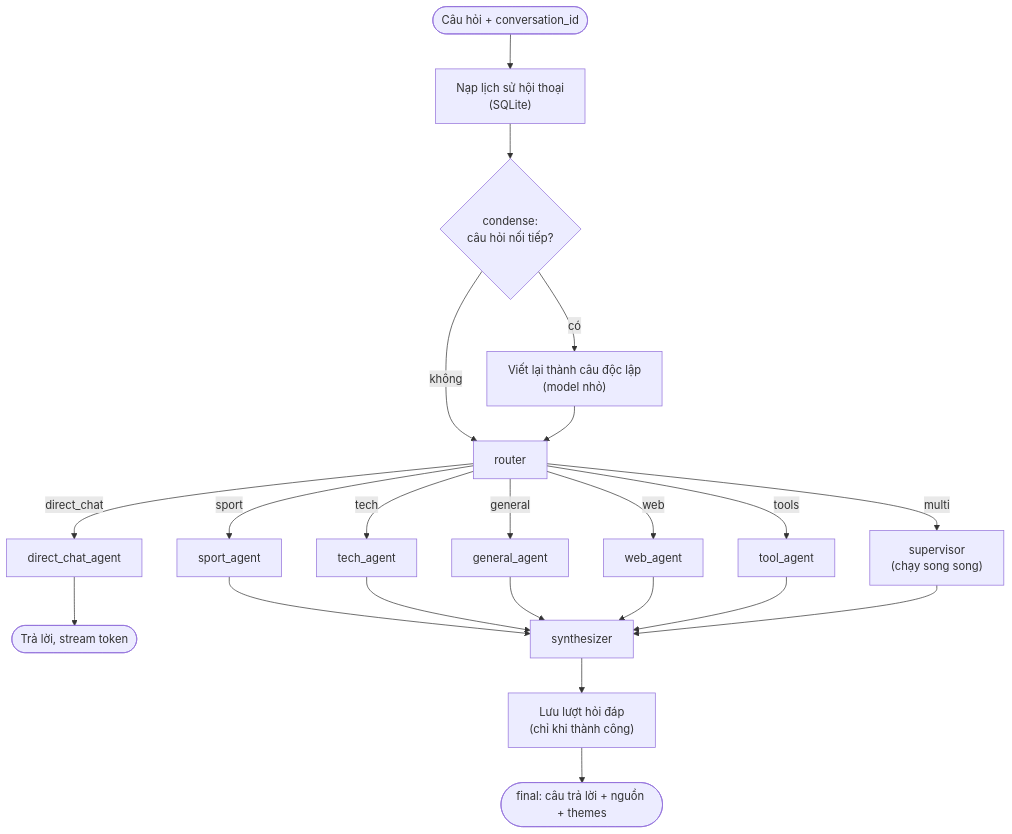
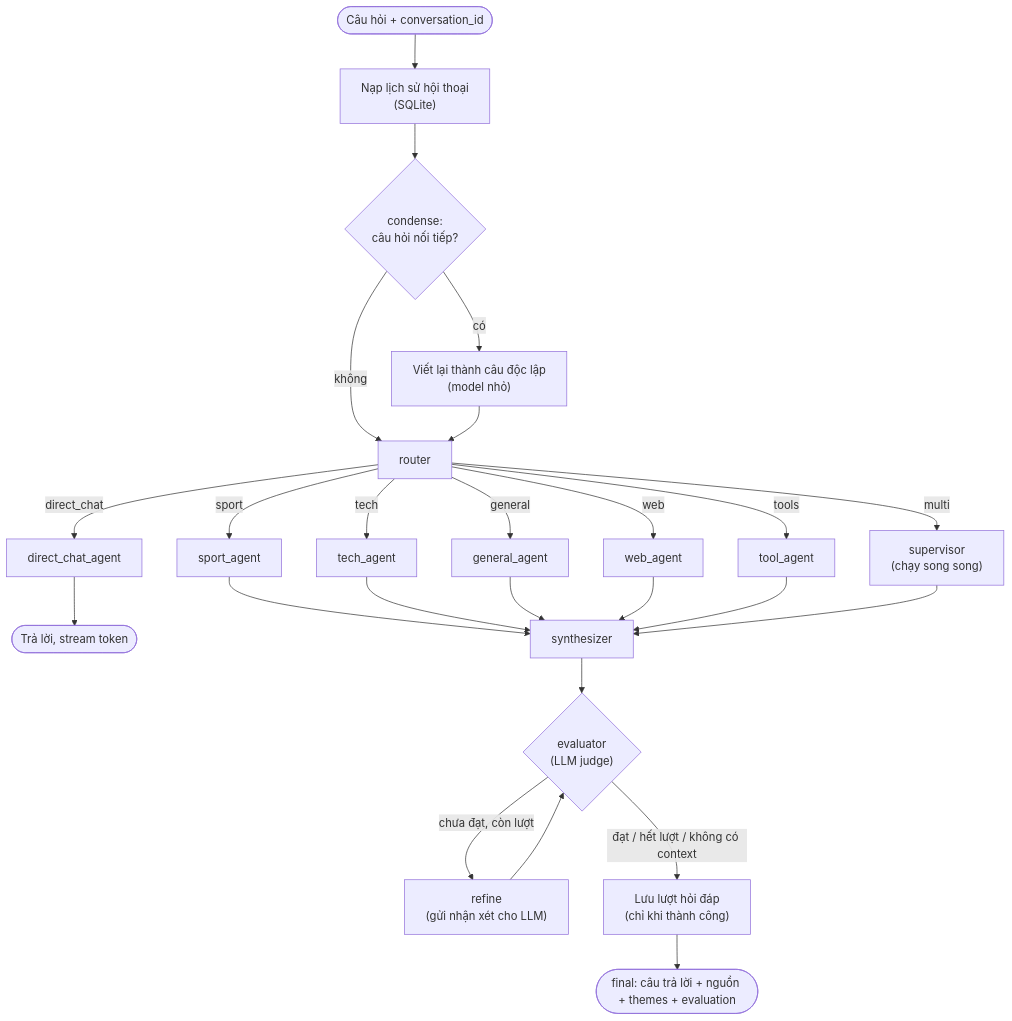
The third of 6 diagrams in README.md (hbkhanh22/Multi-RAG-Agent), drawn with Mermaid before and after one commit. The commit also changed other lines of this file and 25 other files, not shown here.

````diff
--- a/README.md
+++ b/README.md
@@ -95,18 +96,21 @@
 ```mermaid
 flowchart TD
     START(["Câu hỏi + conversation_id"]) --> HIS["Nạp lịch sử hội thoại<br/>(SQLite)"]
     HIS --> CON{"condense:<br/>câu hỏi nối tiếp?"}
     CON -->|"có"| RW["Viết lại thành câu độc lập<br/>(model nhỏ)"]
     CON -->|"không"| RT
     RW --> RT["router"]
     RT -->|"direct_chat"| DC["direct_chat_agent"] --> END1(["Trả lời, stream token"])
     RT -->|"sport"| SP["sport_agent"]
     RT -->|"tech"| TE["tech_agent"]
     RT -->|"general"| GE["general_agent"]
     RT -->|"web"| WE["web_agent"]
     RT -->|"tools"| TO["tool_agent"]
     RT -->|"multi"| SV["supervisor<br/>(chạy song song)"]
     SP & TE & GE & WE & TO & SV --> SY["synthesizer"]
-    SY --> SAVE["Lưu lượt hỏi đáp<br/>(chỉ khi thành công)"]
-    SAVE --> END2(["final: câu trả lời + nguồn + themes"])
+    SY --> EV{"evaluator<br/>(LLM judge)"}
+    EV -->|"chưa đạt, còn lượt"| RF["refine<br/>(gửi nhận xét cho LLM)"]
+    RF --> EV
+    EV -->|"đạt / hết lượt / không có context"| SAVE["Lưu lượt hỏi đáp<br/>(chỉ khi thành công)"]
+    SAVE --> END2(["final: câu trả lời + nguồn + themes + evaluation"])
 ```
````
